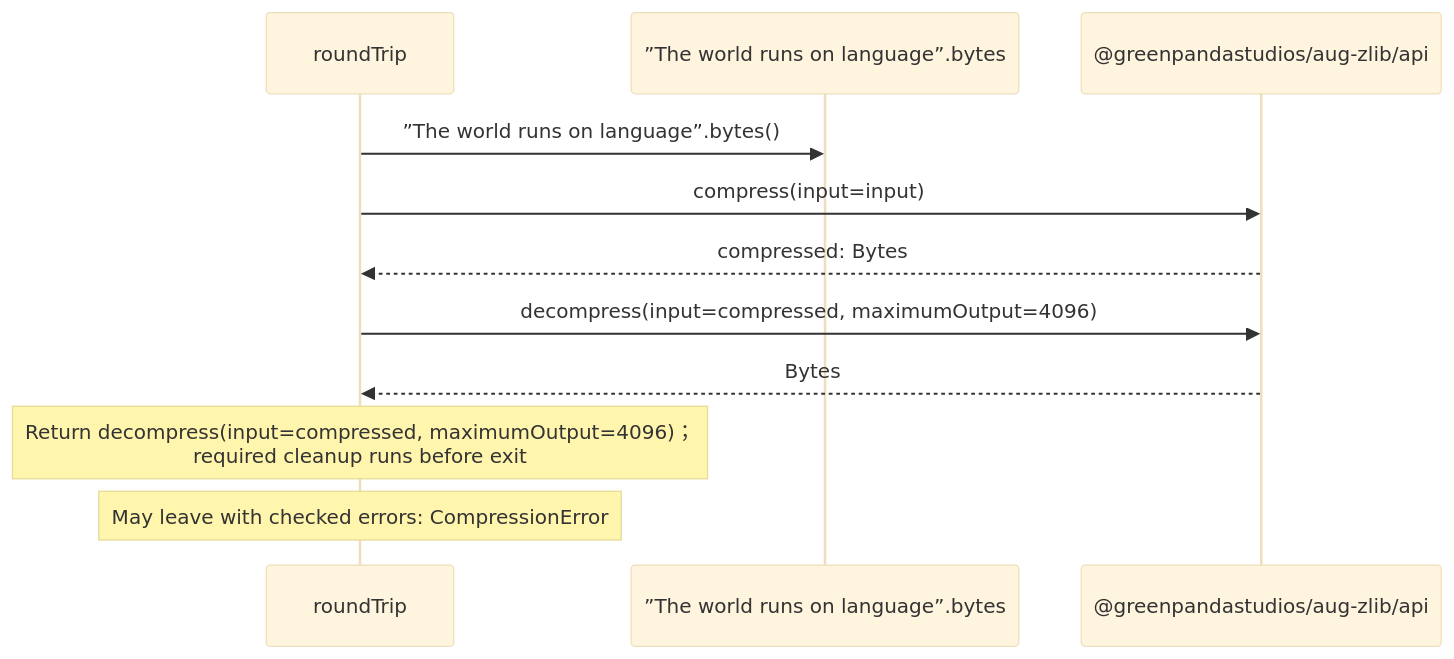
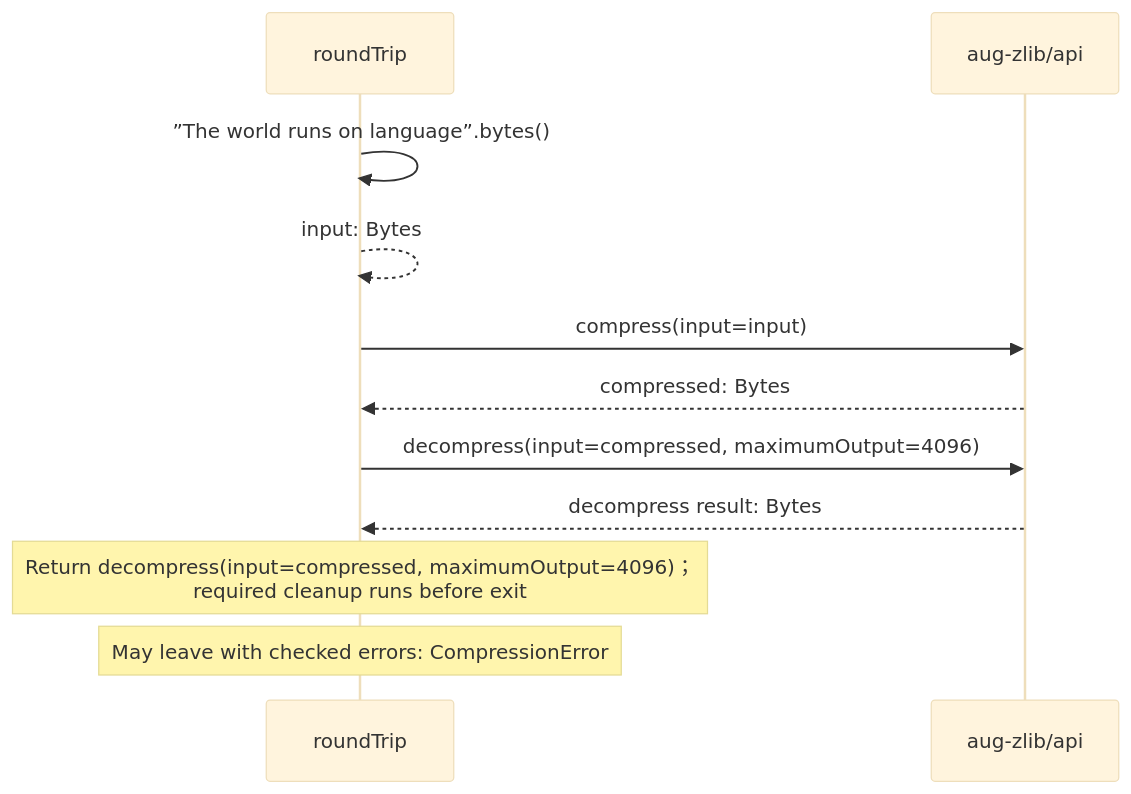
Before and after one commit to GreenPandaStudios/augscript: the diagram in docs/examples/native-zlib/compression-diagrams.md, drawn with Mermaid (base theme). The commit also changed other lines of this file and 304 other files, not shown here.

Commit message:
Make generated data-flow sequences concise and review every diagram

````diff
--- a/docs/examples/native-zlib/compression-diagrams.md
+++ b/docs/examples/native-zlib/compression-diagrams.md
@@ -43,13 +28,13 @@
 ```mermaid
 sequenceDiagram
     participant p0 as roundTrip
-    participant p1 as ”The world runs on language”.bytes
-    participant p2 as @greenpandastudios/aug-zlib/api
-    p0->>p1: ”The world runs on language”.bytes()
-    p0->>p2: compress(input=input)
-    p2-->>p0: compressed: Bytes
-    p0->>p2: decompress(input=compressed, maximumOutput=4096)
-    p2-->>p0: Bytes
+    participant p1 as aug-zlib/api
+    p0->>p0: ”The world runs on language”.bytes()
+    p0-->>p0: input: Bytes
+    p0->>p1: compress(input=input)
+    p1-->>p0: compressed: Bytes
+    p0->>p1: decompress(input=compressed, maximumOutput=4096)
+    p1-->>p0: decompress result: Bytes
     Note over p0: Return decompress(input=compressed, maximumOutput=4096)；<br/>required cleanup runs before exit
     Note over p0: May leave with checked errors: CompressionError
 ```
````
